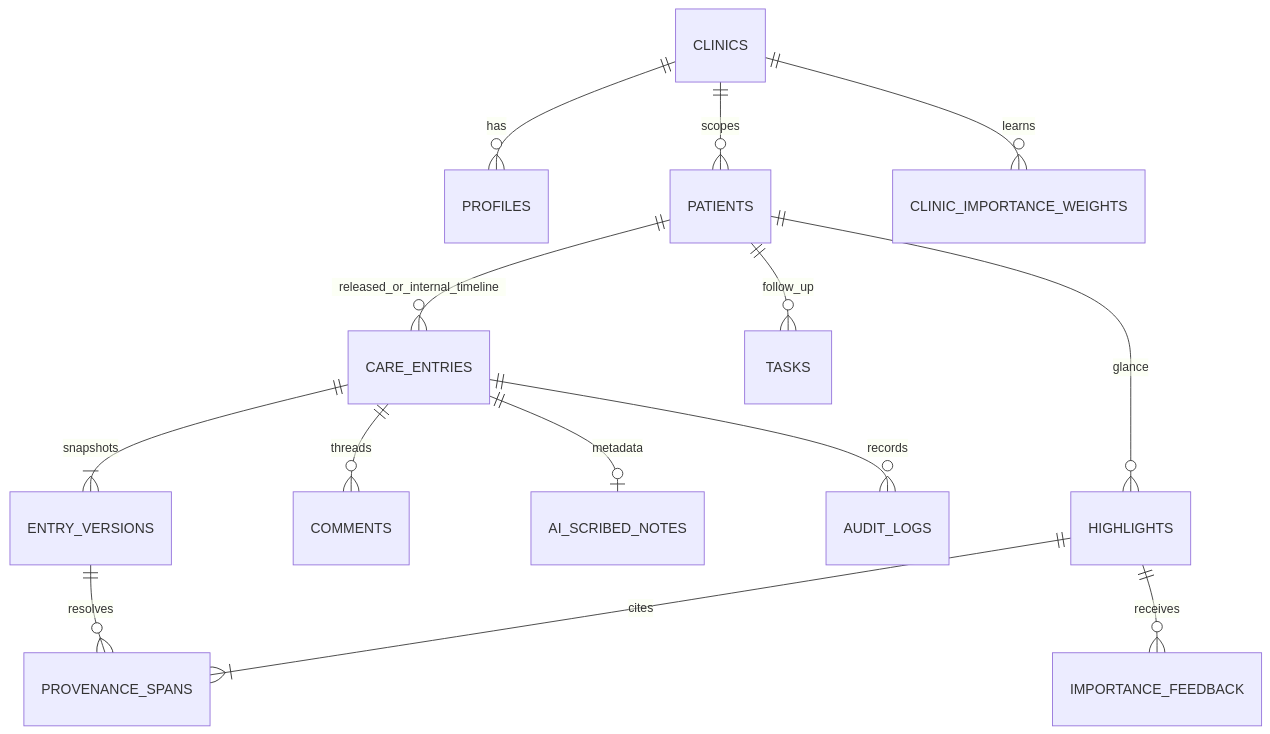
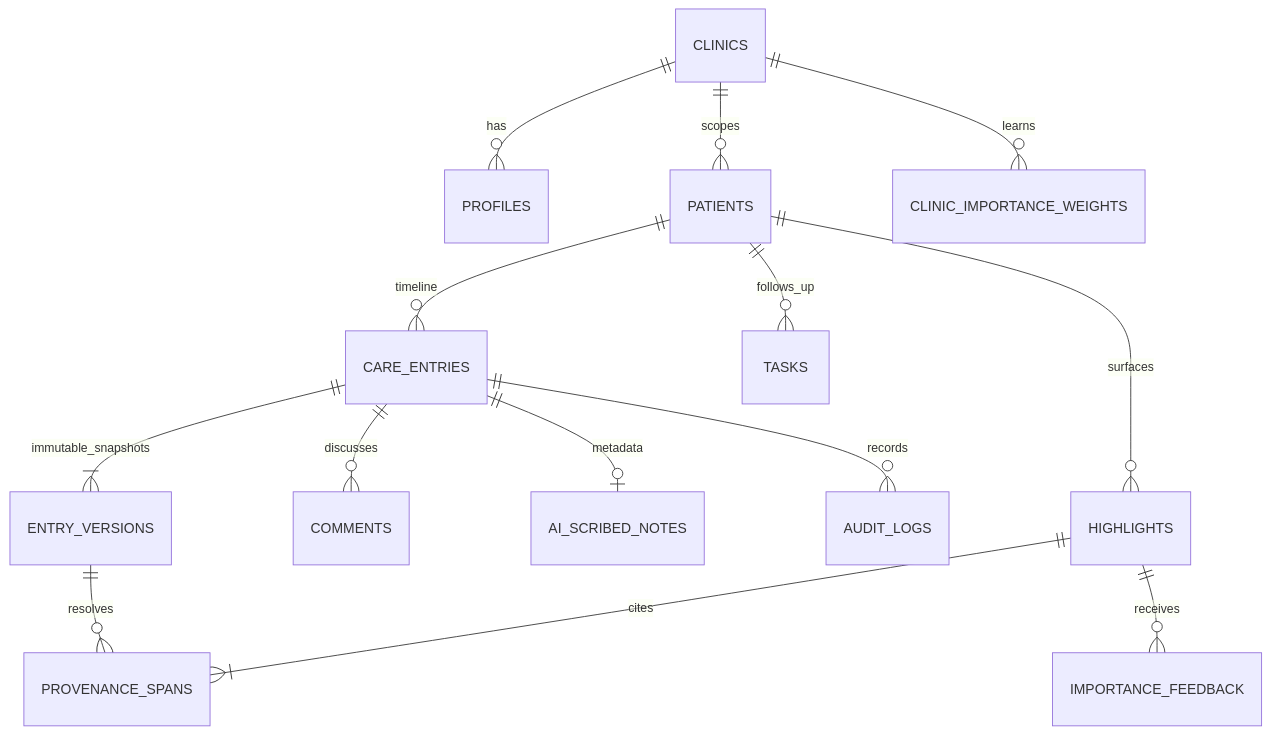
Before and after one commit to Alan22886/nightingale-care-note: the second of 2 diagrams in docs/TECHNICAL_BRIEF.md, drawn with Mermaid. The commit also changed other lines of this file and 10 other files, not shown here.

````diff
--- a/docs/TECHNICAL_BRIEF.md
+++ b/docs/TECHNICAL_BRIEF.md
@@ -41,16 +83,16 @@
 ```mermaid
 erDiagram
   CLINICS ||--o{ PROFILES : has
   CLINICS ||--o{ PATIENTS : scopes
-  PATIENTS ||--o{ CARE_ENTRIES : released_or_internal_timeline
-  CARE_ENTRIES ||--|{ ENTRY_VERSIONS : snapshots
-  CARE_ENTRIES ||--o{ COMMENTS : threads
-  PATIENTS ||--o{ TASKS : follow_up
-  PATIENTS ||--o{ HIGHLIGHTS : glance
+  PATIENTS ||--o{ CARE_ENTRIES : timeline
+  CARE_ENTRIES ||--|{ ENTRY_VERSIONS : immutable_snapshots
+  CARE_ENTRIES ||--o{ COMMENTS : discusses
+  PATIENTS ||--o{ TASKS : follows_up
+  PATIENTS ||--o{ HIGHLIGHTS : surfaces
   HIGHLIGHTS ||--|{ PROVENANCE_SPANS : cites
   ENTRY_VERSIONS ||--o{ PROVENANCE_SPANS : resolves
   CARE_ENTRIES ||--o| AI_SCRIBED_NOTES : metadata
   HIGHLIGHTS ||--o{ IMPORTANCE_FEEDBACK : receives
   CLINICS ||--o{ CLINIC_IMPORTANCE_WEIGHTS : learns
   CARE_ENTRIES ||--o{ AUDIT_LOGS : records
 ```
````
